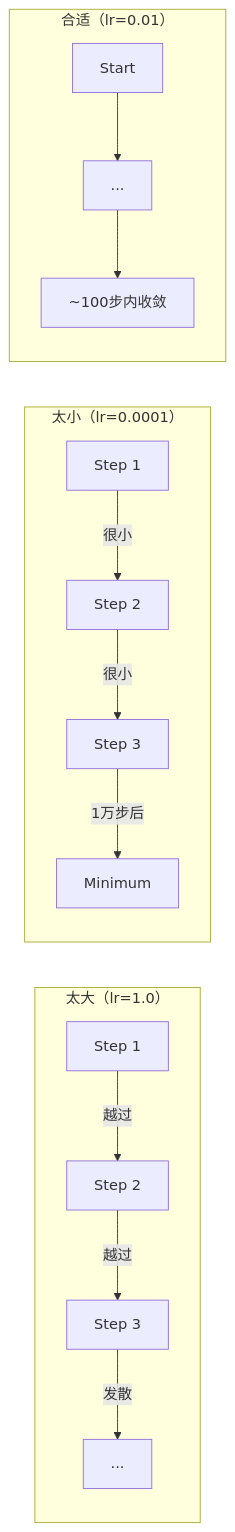
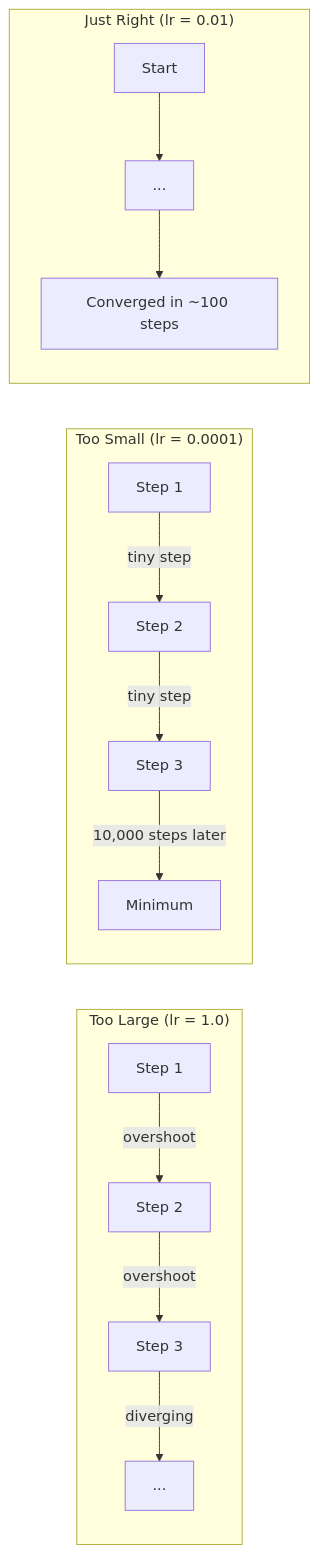
Before and after one commit to omigaZen/ai-engineering-from-scratch: the second of 5 diagrams in phases/01-math-foundations/08-optimization/docs/zh.md, drawn with Mermaid. The commit also changed other lines of this file and 32 other files, not shown here.

````diff
--- a/phases/01-math-foundations/08-optimization/docs/zh.md
+++ b/phases/01-math-foundations/08-optimization/docs/zh.md
@@ -58,16 +58,16 @@
 ```mermaid
 graph LR
-    subgraph TooLarge["太大（lr=1.0）"]
-        A1["Step 1"] -->|越过| A2["Step 2"]
-        A2 -->|越过| A3["Step 3"]
-        A3 -->|发散| A4["..."]
+    subgraph TooLarge["Too Large (lr = 1.0)"]
+        A1["Step 1"] -->|overshoot| A2["Step 2"]
+        A2 -->|overshoot| A3["Step 3"]
+        A3 -->|diverging| A4["..."]
     end
-    subgraph TooSmall["太小（lr=0.0001）"]
-        B1["Step 1"] -->|很小| B2["Step 2"]
-        B2 -->|很小| B3["Step 3"]
-        B3 -->|1万步后| B4["Minimum"]
+    subgraph TooSmall["Too Small (lr = 0.0001)"]
+        B1["Step 1"] -->|tiny step| B2["Step 2"]
+        B2 -->|tiny step| B3["Step 3"]
+        B3 -->|10,000 steps later| B4["Minimum"]
     end
-    subgraph JustRight["合适（lr=0.01）"]
-        C1["Start"] --> C2["..."] --> C3["~100步内收敛"]
+    subgraph JustRight["Just Right (lr = 0.01)"]
+        C1["Start"] --> C2["..."] --> C3["Converged in ~100 steps"]
     end
 ```
````
